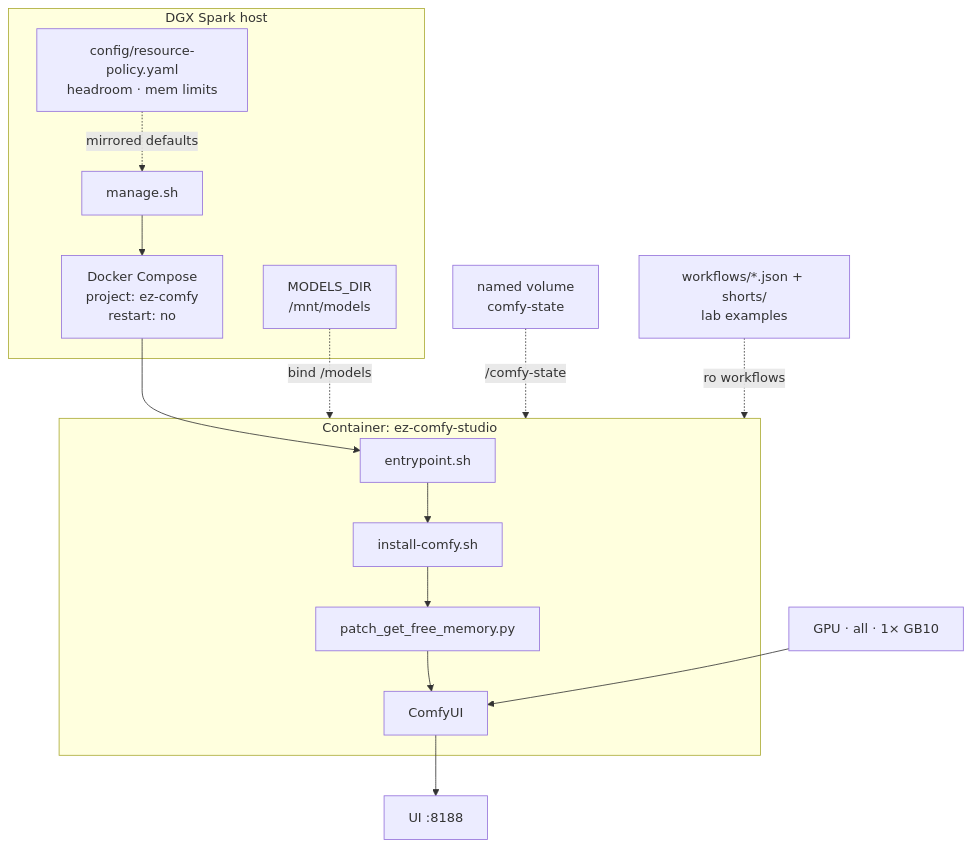
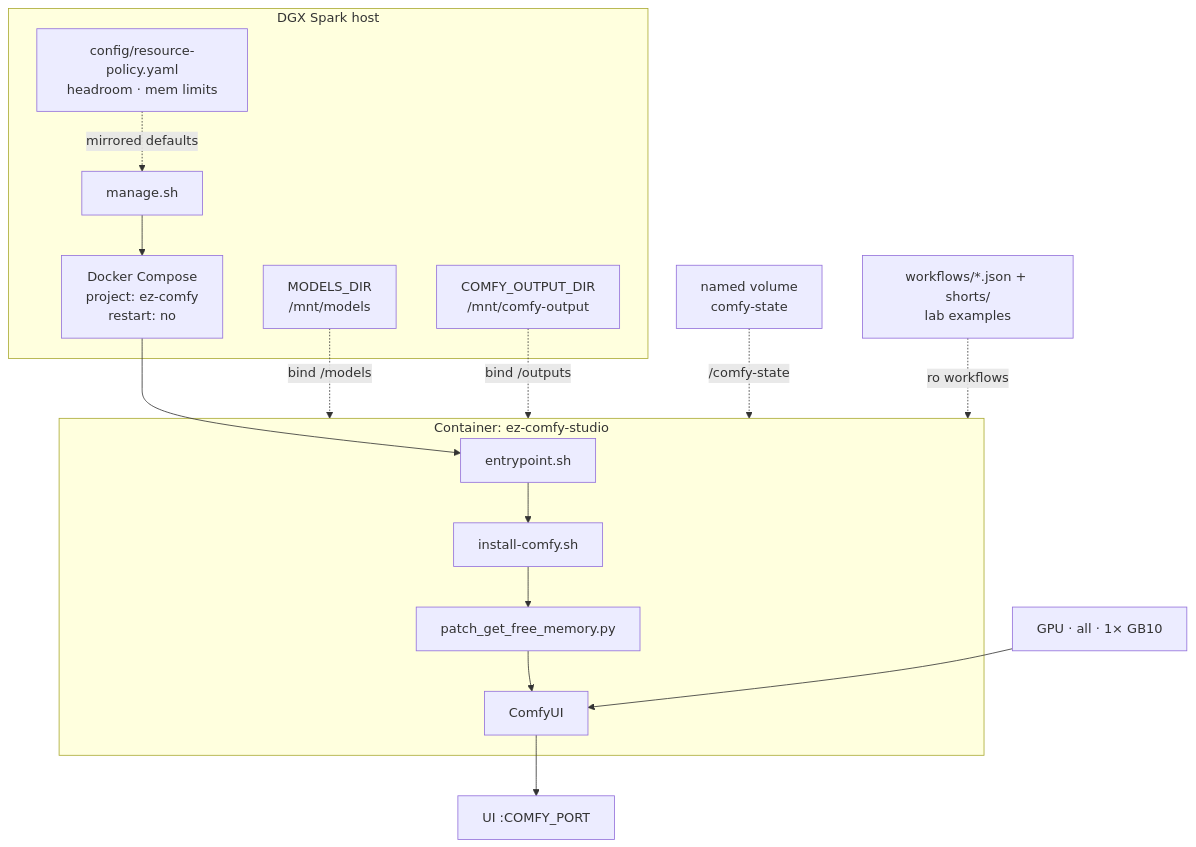
The first of 5 diagrams in docs/visual-generative-ai.md (toxicoder/ez-comfy-stack), drawn with Mermaid before and after one commit. The commit also changed other lines of this file and 16 other files, not shown here.

````diff
--- a/docs/visual-generative-ai.md
+++ b/docs/visual-generative-ai.md
@@ -31,31 +33,33 @@
 ```mermaid
 flowchart TB
   subgraph Host["DGX Spark host"]
     CLI["manage.sh"]
     Compose["Docker Compose<br/>project: ez-comfy<br/>restart: no"]
     Models["MODELS_DIR<br/>/mnt/models"]
+    Out["COMFY_OUTPUT_DIR<br/>/mnt/comfy-output"]
     Policy["config/resource-policy.yaml<br/>headroom · mem limits"]
   end
 
   subgraph Ctr["Container: ez-comfy-studio"]
     EP["entrypoint.sh"]
     Install["install-comfy.sh"]
     Patch["patch_get_free_memory.py"]
     Comfy["ComfyUI"]
     EP --> Install --> Patch --> Comfy
   end
 
   Vol["named volume<br/>comfy-state"]
   WF["workflows/*.json + shorts/<br/>lab examples"]
   GPU["GPU · all · 1× GB10"]
-  UI["UI :8188"]
+  UI["UI :COMFY_PORT"]
 
   CLI --> Compose
   Compose --> EP
   Models -.->|bind /models| Ctr
+  Out -.->|bind /outputs| Ctr
   Vol -.->|/comfy-state| Ctr
   WF -.->|ro workflows| Ctr
   GPU --> Comfy
   Comfy --> UI
   Policy -.->|mirrored defaults| CLI
 ```
````
